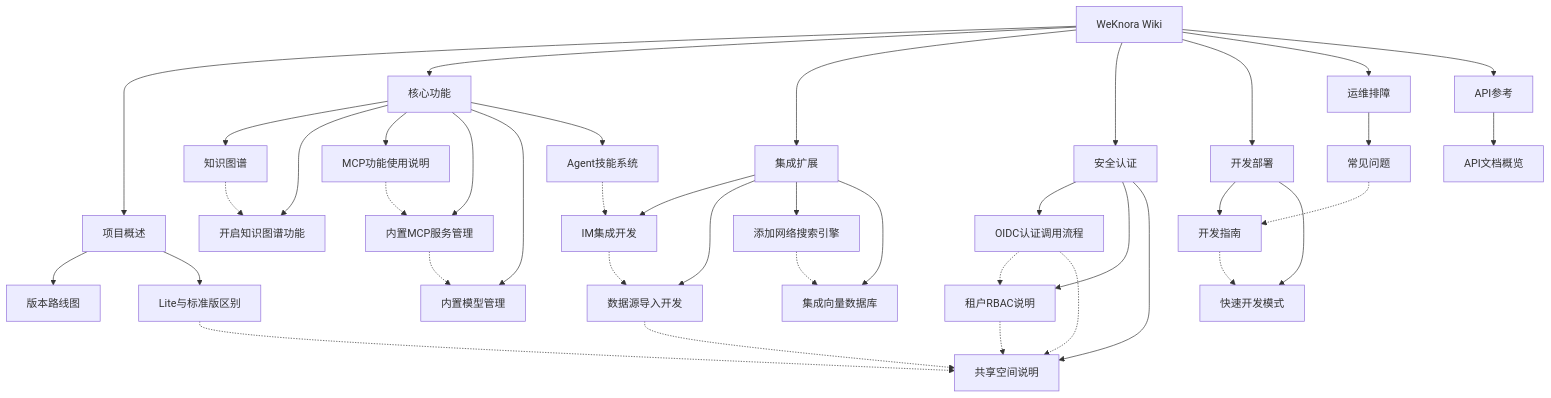
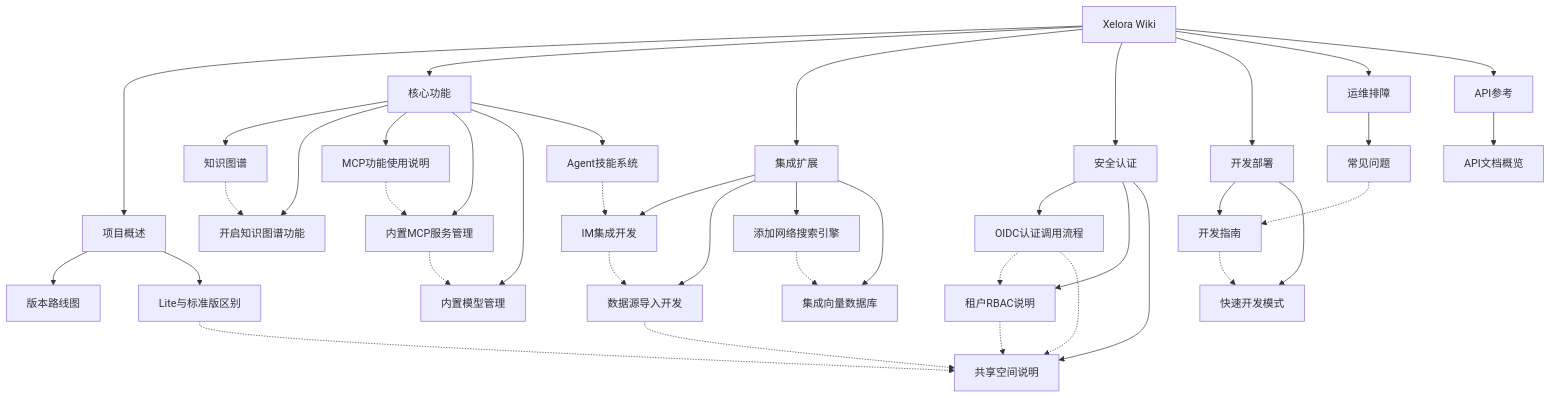
One commit to Nevermore222/WeKnora changed the diagram in docs/wiki/Home.md. Above: the diagram before and after it, drawn with Mermaid. The commit also changed other lines of this file and 1259 other files, not shown here.

Commit message:
rebrand project from WeKnora to Xelora

````diff
--- a/docs/wiki/Home.md
+++ b/docs/wiki/Home.md
@@ -71,51 +71,51 @@
 ```mermaid
 graph TB
-    Home[WeKnora Wiki]
+    Home[Xelora Wiki]
     Home --> 项目概述
     Home --> 核心功能
     Home --> 集成扩展
     Home --> 安全认证
     Home --> 开发部署
     Home --> 运维排障
     Home --> API参考
 
     项目概述 --> ROADMAP[版本路线图]
     项目概述 --> LITE[Lite与标准版区别]
 
     核心功能 --> KG[知识图谱]
     核心功能 --> KGSetup[开启知识图谱功能]
     核心功能 --> MCP[MCP功能使用说明]
     核心功能 --> BuiltinMCP[内置MCP服务管理]
     核心功能 --> BuiltinModel[内置模型管理]
     核心功能 --> Skills[Agent技能系统]
 
     集成扩展 --> IM[IM集成开发]
     集成扩展 --> DS[数据源导入开发]
     集成扩展 --> WebSearch[添加网络搜索引擎]
     集成扩展 --> VecDB[集成向量数据库]
 
     安全认证 --> OIDC[OIDC认证调用流程]
     安全认证 --> RBAC[租户RBAC说明]
     安全认证 --> SharedSpace[共享空间说明]
 
     开发部署 --> DevGuide[开发指南]
     开发部署 --> QuickDev[快速开发模式]
 
     运维排障 --> FAQ[常见问题]
 
     API参考 --> APIOverview[API文档概览]
 
     KG -.-> KGSetup
     MCP -.-> BuiltinMCP
     BuiltinMCP -.-> BuiltinModel
     Skills -.-> IM
     IM -.-> DS
     DS -.-> SharedSpace
     OIDC -.-> RBAC
     RBAC -.-> SharedSpace
     OIDC -.-> SharedSpace
     LITE -.-> SharedSpace
     WebSearch -.-> VecDB
     DevGuide -.-> QuickDev
     FAQ -.-> DevGuide
 ```
````
